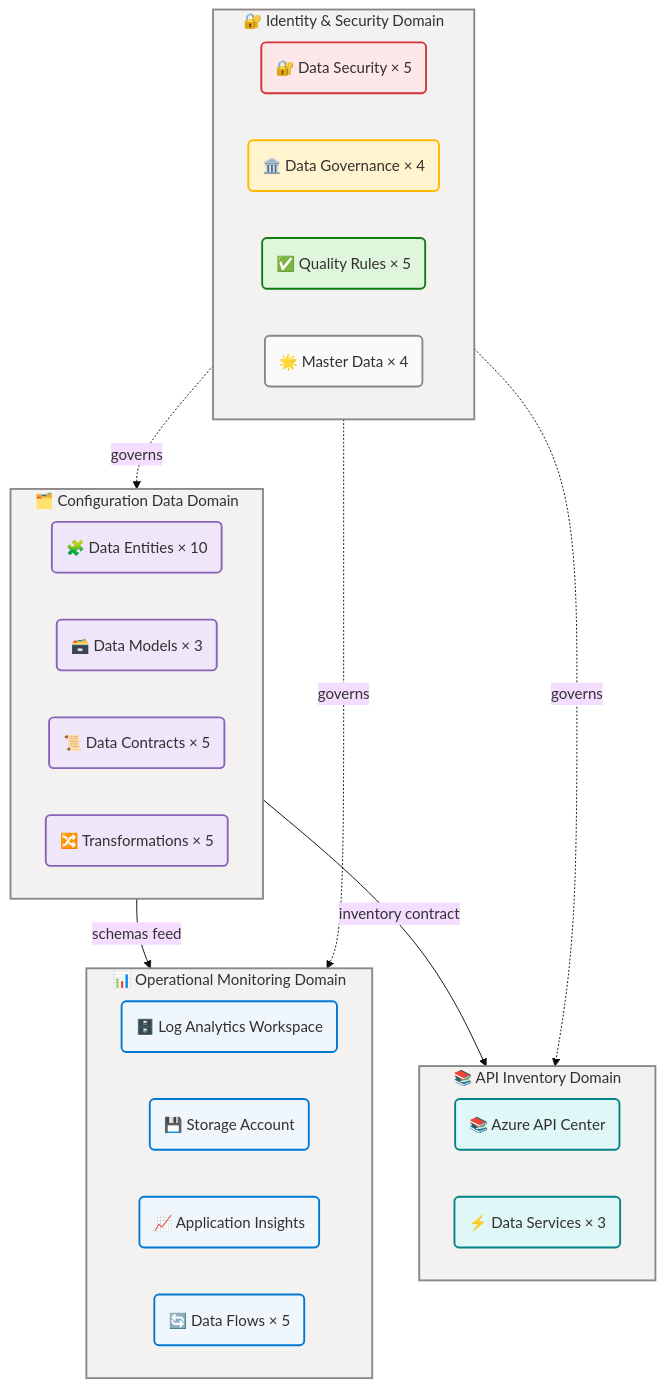
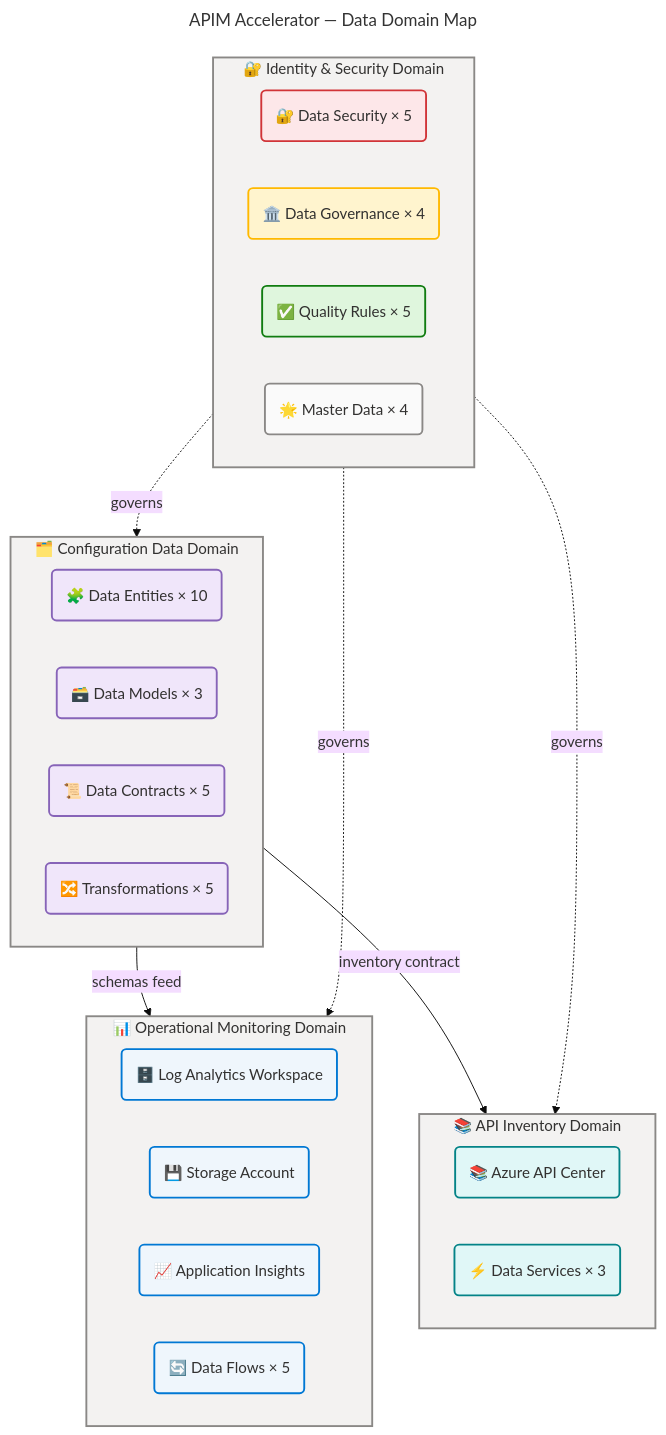
Before and after one commit to Evilazaro/APIM-Accelerator: the first of 4 diagrams in docs/architecture/data-architecture.md, drawn with Mermaid. The commit also changed other lines of this file, not shown here.

Commit message:
style: improve table formatting and consistency in data architecture documentation

````diff
--- a/docs/architecture/data-architecture.md
+++ b/docs/architecture/data-architecture.md
@@ -256,69 +256,72 @@
 ```mermaid
 ---
+title: "APIM Accelerator — Data Domain Map"
 config:
   theme: base
   look: classic
   layout: dagre
   themeVariables:
-    fontSize: "16px"
+    fontSize: '16px'
+  flowchart:
+    htmlLabels: true
 ---
 flowchart TB
     accTitle: APIM Accelerator Data Domain Map
     accDescr: High-level taxonomy of the four data domains showing component types within each domain and cross-domain governance relationships
 
     %% ═══════════════════════════════════════════════════════════════════════════
     %% AZURE / FLUENT ARCHITECTURE PATTERN v1.1
     %% (Semantic + Structural + Font + Accessibility Governance)
     %% ═══════════════════════════════════════════════════════════════════════════
     %% PHASE 1 - FLUENT UI: All styling uses approved Fluent UI palette only
     %% PHASE 2 - GROUPS: Every subgraph has semantic color via style directive
     %% PHASE 3 - COMPONENTS: Every node has semantic classDef + icon prefix
     %% PHASE 4 - ACCESSIBILITY: accTitle/accDescr present, WCAG AA contrast
     %% PHASE 5 - STANDARD: Governance block present, classDefs centralized
     %% ═══════════════════════════════════════════════════════════════════════════
 
     subgraph cfgdomain["🗂️ Configuration Data Domain"]
         CFG1("🧩 Data Entities × 10"):::data
         CFG2("🗃️ Data Models × 3"):::data
         CFG3("📜 Data Contracts × 5"):::data
         CFG4("🔀 Transformations × 5"):::data
     end
 
     subgraph opsdomain["📊 Operational Monitoring Domain"]
         OPS1("🗄️ Log Analytics Workspace"):::core
         OPS2("💾 Storage Account"):::core
         OPS3("📈 Application Insights"):::core
         OPS4("🔄 Data Flows × 5"):::core
     end
 
     subgraph invdomain["📚 API Inventory Domain"]
         INV1("📚 Azure API Center"):::external
         INV2("⚡ Data Services × 3"):::external
     end
 
     subgraph secdomain["🔐 Identity & Security Domain"]
         SEC1("🔐 Data Security × 5"):::danger
         SEC2("🏛️ Data Governance × 4"):::warning
         SEC3("✅ Quality Rules × 5"):::success
         SEC4("🌟 Master Data × 4"):::neutral
     end
 
     cfgdomain -->|"schemas feed"| opsdomain
     cfgdomain -->|"inventory contract"| invdomain
     secdomain -.->|"governs"| cfgdomain
     secdomain -.->|"governs"| opsdomain
     secdomain -.->|"governs"| invdomain
 
     classDef core fill:#EFF6FC,stroke:#0078D4,stroke-width:2px,color:#323130
     classDef data fill:#F0E6FA,stroke:#8764B8,stroke-width:2px,color:#323130
     classDef neutral fill:#FAFAFA,stroke:#8A8886,stroke-width:2px,color:#323130
     classDef external fill:#E0F7F7,stroke:#038387,stroke-width:2px,color:#323130
     classDef success fill:#DFF6DD,stroke:#107C10,stroke-width:2px,color:#323130
     classDef warning fill:#FFF4CE,stroke:#FFB900,stroke-width:2px,color:#323130
     classDef danger fill:#FDE7E9,stroke:#D13438,stroke-width:2px,color:#323130
 
     style cfgdomain fill:#F3F2F1,stroke:#8A8886,stroke-width:2px,color:#323130
     style opsdomain fill:#F3F2F1,stroke:#8A8886,stroke-width:2px,color:#323130
     style invdomain fill:#F3F2F1,stroke:#8A8886,stroke-width:2px,color:#323130
     style secdomain fill:#F3F2F1,stroke:#8A8886,stroke-width:2px,color:#323130
 ```
````
